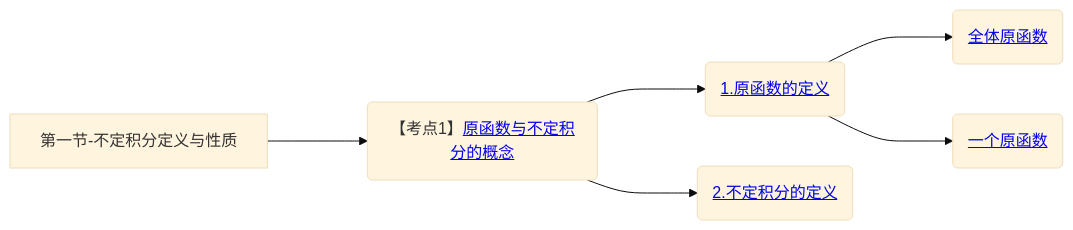
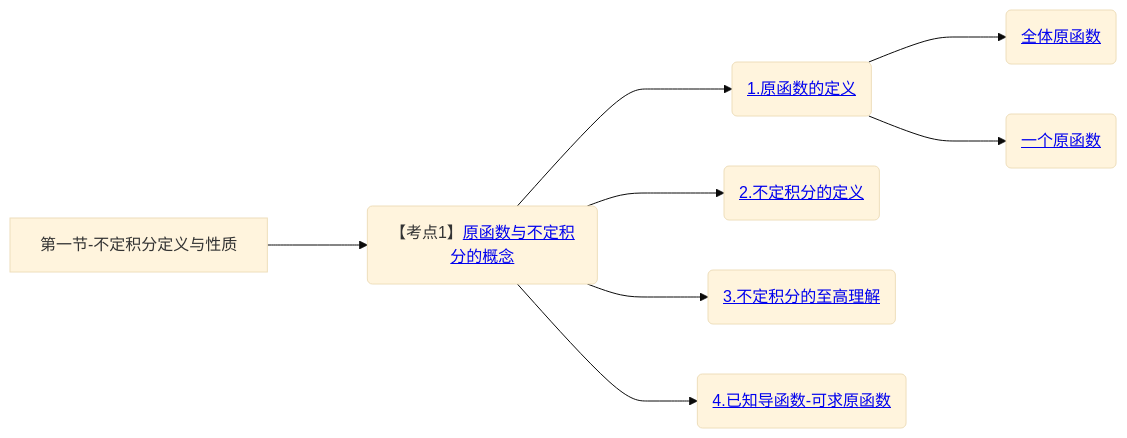
Before and after one commit to yuebinghui/note: diagram 17 of 17 in 笔记/数学/周洋鑫/01.基础班思维导图.md, drawn with Mermaid (base theme). The commit also changed 7 other files, not shown here.

````diff
--- a/笔记/数学/周洋鑫/01.基础班思维导图.md
+++ b/笔记/数学/周洋鑫/01.基础班思维导图.md
@@ -597,10 +597,13 @@
 ```mermaid
 graph LR
 第一节-不定积分定义与性质
 
 第一节-不定积分定义与性质--->原函数与不定积分的概念(【考点1】<a href="/Users/yuebinghui/Documents/program/github/note/笔记/数学/周洋鑫/基础班/18.不定积分_1.md#原函数与不定积分的概念">原函数与不定积分的概念</>)
 原函数与不定积分的概念--->1.原函数的定义(<a href="/Users/yuebinghui/Documents/program/github/note/笔记/数学/周洋鑫/基础班/18.不定积分_1.md#1.原函数的定义">1.原函数的定义</>)
 1.原函数的定义--->全体原函数(<a href="/Users/yuebinghui/Documents/program/github/note/笔记/数学/周洋鑫/基础班/18.不定积分_1.md#全体原函数">全体原函数</>)
 1.原函数的定义--->一个原函数(<a href="/Users/yuebinghui/Documents/program/github/note/笔记/数学/周洋鑫/基础班/18.不定积分_1.md#一个原函数">一个原函数</>)
 原函数与不定积分的概念--->2.不定积分的定义(<a href="/Users/yuebinghui/Documents/program/github/note/笔记/数学/周洋鑫/基础班/18.不定积分_1.md#2.不定积分的定义">2.不定积分的定义</>)
+原函数与不定积分的概念--->3.不定积分的至高理解(<a href="/Users/yuebinghui/Documents/program/github/note/笔记/数学/周洋鑫/基础班/18.不定积分_1.md#3.不定积分的至高理解">3.不定积分的至高理解</>)
+原函数与不定积分的概念--->4.已知导函数-可求原函数(<a href="/Users/yuebinghui/Documents/program/github/note/笔记/数学/周洋鑫/基础班/18.不定积分_1.md#4.已知导函数-可求原函数">4.已知导函数-可求原函数</>)
+
 ```
````
